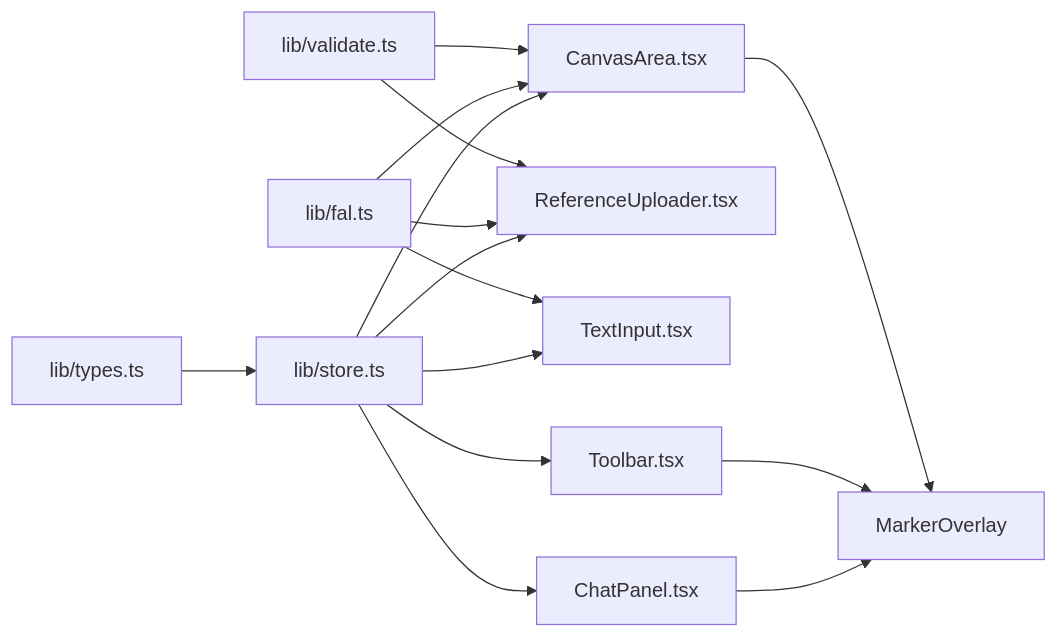
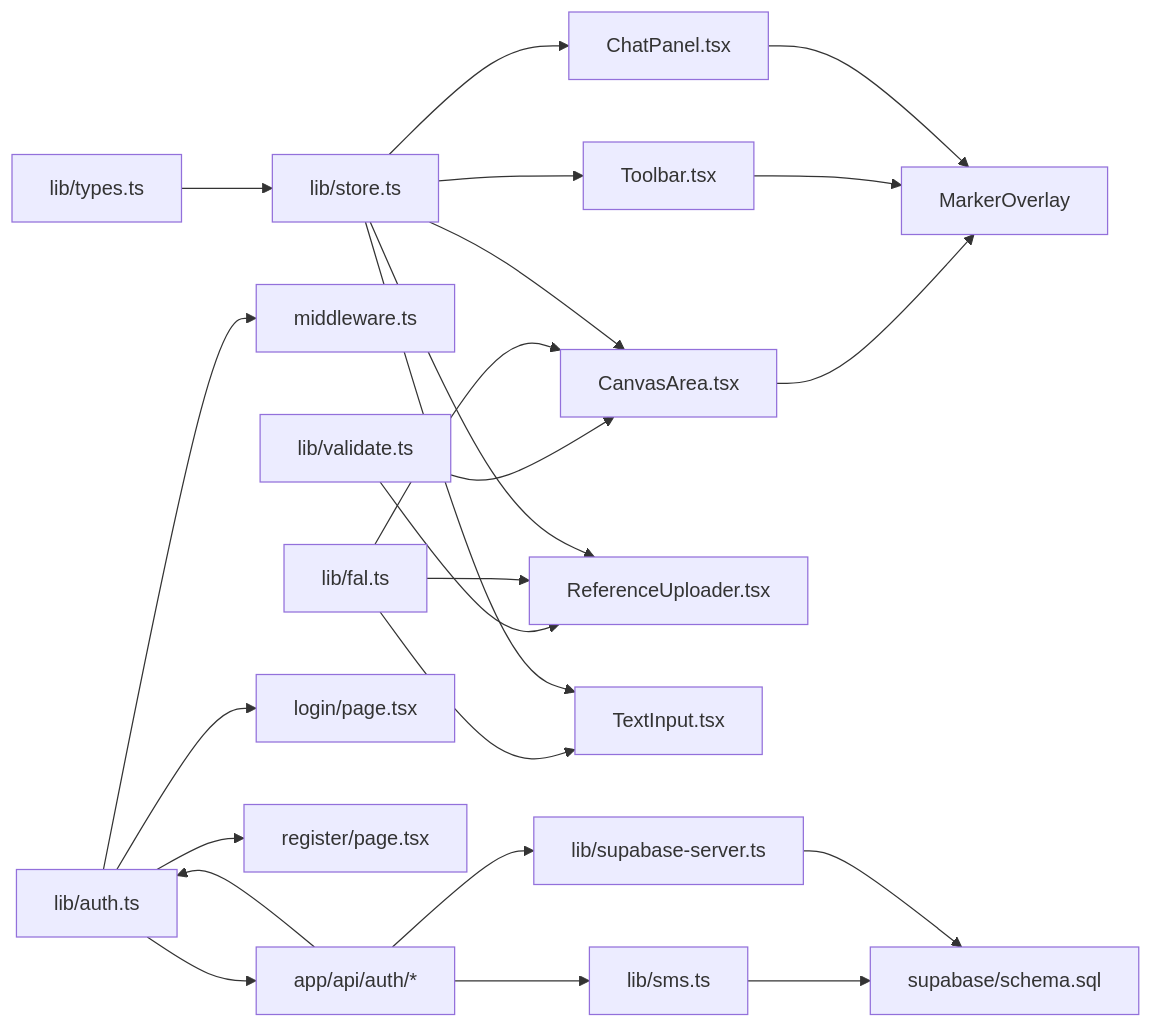
One commit to billye220670/BananaFlow2 changed the tenth of 10 diagrams in .qoder/repowiki/zh/content/数据模型.md. Above: the diagram before and after it, drawn with Mermaid. The commit also changed other lines of this file and 6 other files, not shown here.

````diff
--- a/.qoder/repowiki/zh/content/数据模型.md
+++ b/.qoder/repowiki/zh/content/数据模型.md
@@ -532,17 +748,26 @@
 ```mermaid
 graph LR
 Types["lib/types.ts"] --> Store["lib/store.ts"]
+Auth["lib/auth.ts"] --> Middleware["middleware.ts"]
+SMS["lib/sms.ts"] --> DB["supabase/schema.sql"]
+Supabase["lib/supabase-server.ts"] --> DB
 Validate["lib/validate.ts"] --> Canvas["CanvasArea.tsx"]
 Validate --> RefUp["ReferenceUploader.tsx"]
 FAL["lib/fal.ts"] --> Canvas
 FAL --> RefUp
 FAL --> Text["TextInput.tsx"]
 Store --> Canvas
 Store --> RefUp
 Store --> Text
 Store --> Toolbar["Toolbar.tsx"]
 Store --> ChatPanel["ChatPanel.tsx"]
 Canvas --> MarkerOverlay["MarkerOverlay"]
 Toolbar --> MarkerOverlay
 ChatPanel --> MarkerOverlay
+Auth --> Login["login/page.tsx"]
+Auth --> Register["register/page.tsx"]
+Auth --> API["app/api/auth/*"]
+API --> Supabase
+API --> SMS
+API --> Auth
 ```
````
